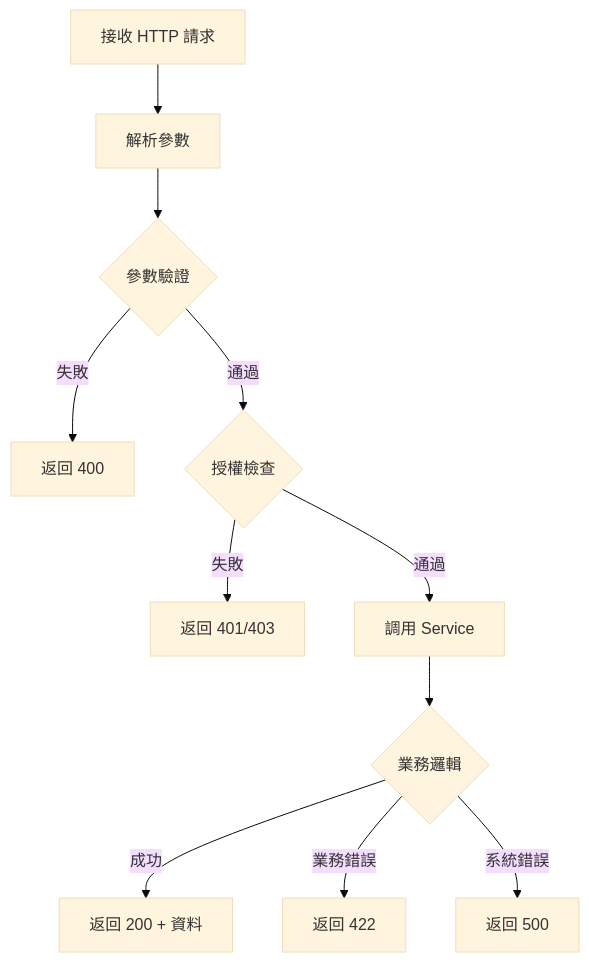
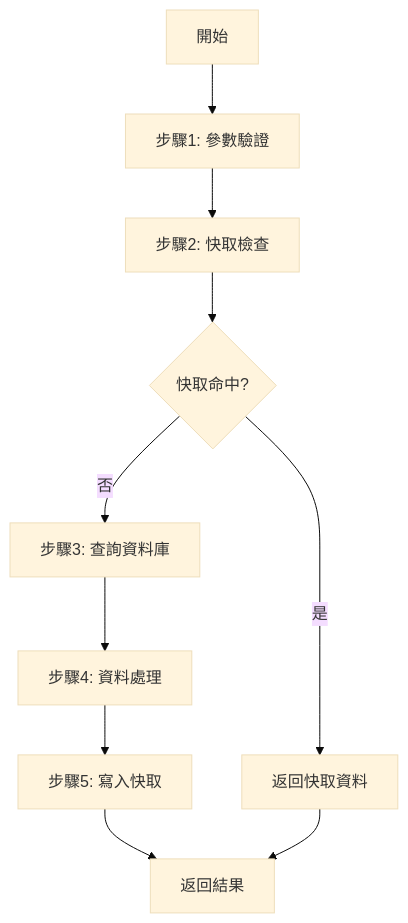
The first of 2 diagrams in .analysis-kit/templates/api-template.md (SusanHuang91APP/analysis-tool-kit), drawn with Mermaid (base theme) before and after one commit. The commit also changed other lines of this file and 17 other files, not shown here.

````diff
--- a/.analysis-kit/templates/api-template.md
+++ b/.analysis-kit/templates/api-template.md
@@ -248,13 +259,12 @@
 ```mermaid
 graph TD
-    A[接收 HTTP 請求] --> B[解析參數]
-    B --> C{參數驗證}
-    C -->|失敗| D[返回 400]
-    C -->|通過| E{授權檢查}
-    E -->|失敗| F[返回 401/403]
-    E -->|通過| G[調用 Service]
-    G --> H{業務邏輯}
-    H -->|成功| I[返回 200 + 資料]
-    H -->|業務錯誤| J[返回 422]
-    H -->|系統錯誤| K[返回 500]
+    A[開始] --> B[步驟1: 參數驗證]
+    B --> C[步驟2: 快取檢查]
+    C --> D{快取命中?}
+    D -->|是| E[返回快取資料]
+    D -->|否| F[步驟3: 查詢資料庫]
+    F --> G[步驟4: 資料處理]
+    G --> H[步驟5: 寫入快取]
+    H --> I[返回結果]
+    E --> I
 ```
````
